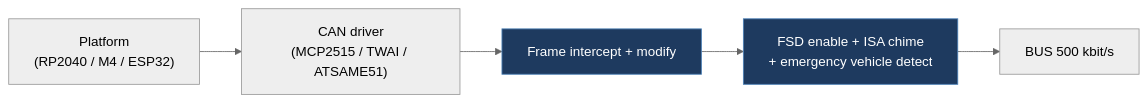
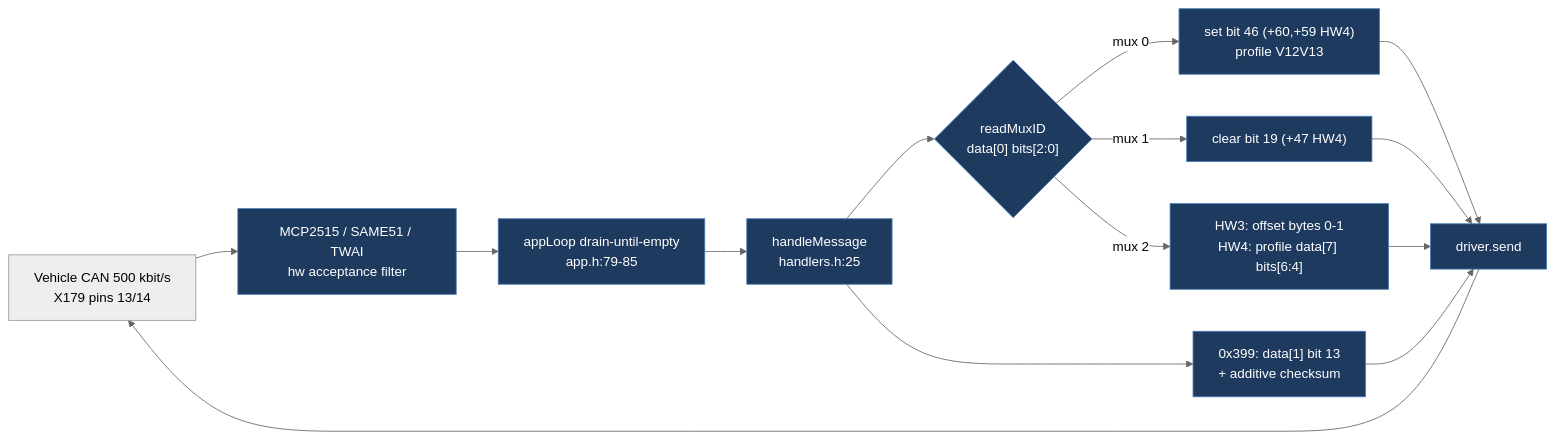
Before and after one commit to babico/TeslaCANModder: the first of 4 diagrams in docs/legacy/1-v-1-tesla-open-can-mod.md, drawn with Mermaid (neutral theme). The commit also changed other lines of this file and 99 other files, not shown here.

````diff
--- a/docs/legacy/1-v-1-tesla-open-can-mod.md
+++ b/docs/legacy/1-v-1-tesla-open-can-mod.md
@@ -26,9 +123,18 @@
 ```mermaid
 flowchart LR
-    HW["Platform<br/>(RP2040 / M4 / ESP32)"] --> CAN["CAN driver<br/>(MCP2515 / TWAI / ATSAME51)"]
-    CAN --> Frame["Frame intercept + modify"]
-    Frame --> FSD["FSD enable + ISA chime<br/>+ emergency vehicle detect"]
-    FSD --> Bus["BUS 500 kbit/s"]
+    Bus["Vehicle CAN 500 kbit/s<br/>X179 pins 13/14"] --> HW["MCP2515 / SAME51 / TWAI<br/>hw acceptance filter"]
+    HW --> Drain["appLoop drain-until-empty<br/>app.h:79-85"]
+    Drain --> H["handleMessage<br/>handlers.h:25"]
+    H --> Mux{"readMuxID<br/>data[0] bits[2:0]"}
+    Mux -->|mux 0| FSD["set bit 46 (+60,+59 HW4)<br/>profile V12V13"]
+    Mux -->|mux 1| Nag["clear bit 19 (+47 HW4)"]
+    Mux -->|mux 2| Prof["HW3: offset bytes 0-1<br/>HW4: profile data[7] bits[6:4]"]
+    H --> ISA["0x399: data[1] bit 13<br/>+ additive checksum"]
+    FSD --> TX["driver.send"]
+    Nag --> TX
+    Prof --> TX
+    ISA --> TX
+    TX --> Bus
     classDef path fill:#1e3a5f,stroke:#4a7fb5,color:#fff
-    class Frame,FSD path
+    class HW,Drain,H,Mux,FSD,Nag,Prof,ISA,TX path
 ```
````
